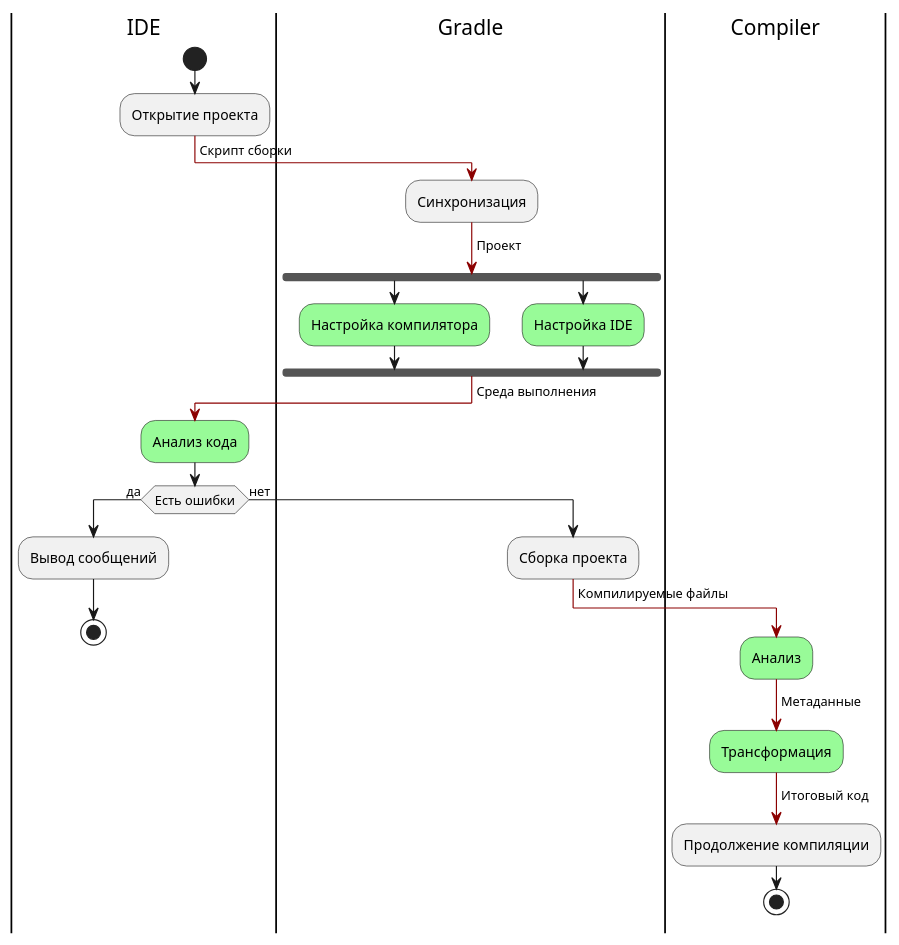
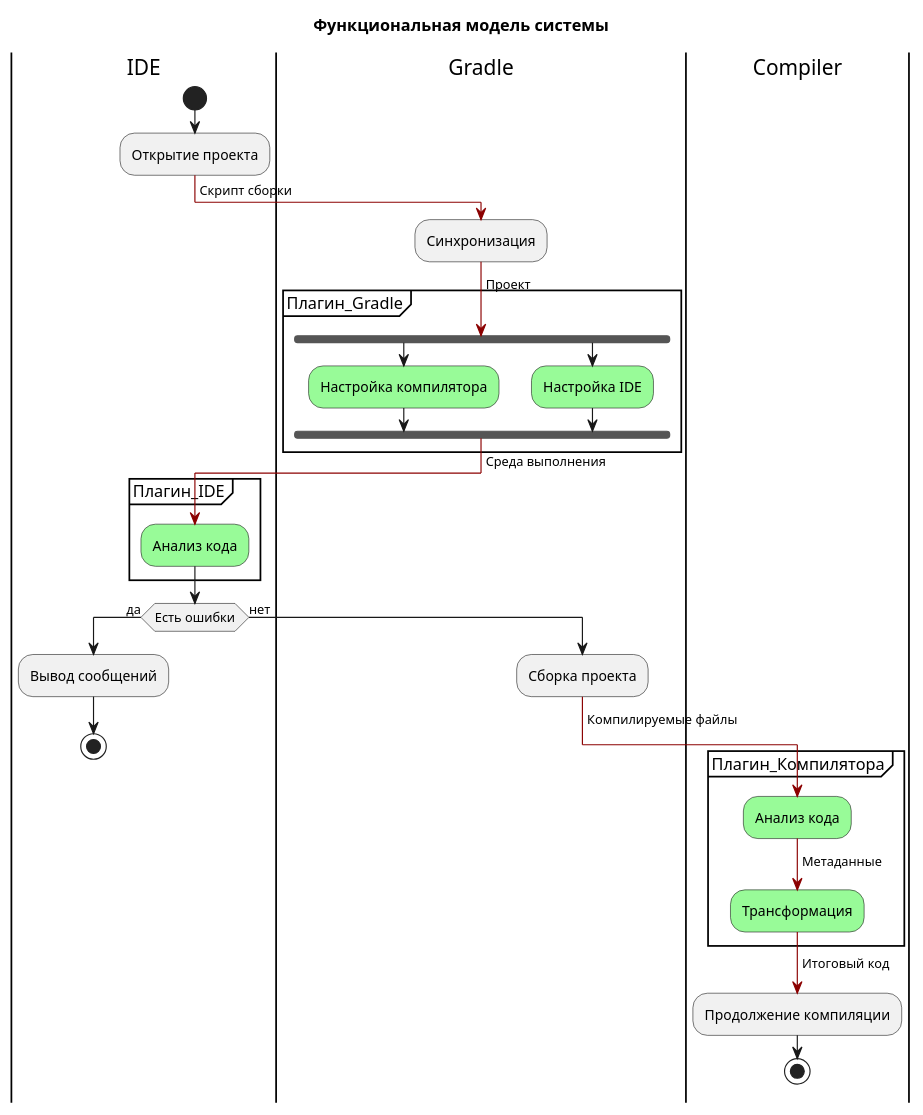
The diagram in docs/integration_main.puml (koperagen/konnekt), drawn with PlantUML before and after one commit. The commit also changed 3 other files, not shown here.

```diff
--- a/docs/integration_main.puml
+++ b/docs/integration_main.puml
@@ -1,32 +1,39 @@
 @startuml
+title Функциональная модель системы
 |IDE|
 start
 :Открытие проекта;
 -[#darkred]-> Скрипт сборки;
 |Gradle|
 :Синхронизация;
 -[#darkred]-> Проект;
-fork
-#palegreen:Настройка компилятора;
-forkagain
-#palegreen:Настройка IDE;
-endfork
+partition Плагин_Gradle {
+    fork
+    #palegreen:Настройка компилятора;
+    forkagain
+    #palegreen:Настройка IDE;
+    endfork
+}
 |IDE|
 -[#darkred]-> Среда выполнения;
-#palegreen:Анализ кода;
+partition Плагин_IDE {
+    #palegreen:Анализ кода;
+}
 if (Есть ошибки) then (да)
     :Вывод сообщений;
     stop
 else (нет)
     |Gradle|
     :Сборка проекта;
     -[#darkred]-> Компилируемые файлы;
-    |Compiler|
-    #palegreen:Анализ;
-    -[#darkred]-> Метаданные;
-    #palegreen:Трансформация;
+    partition Плагин_Компилятора {
+        |Compiler|
+        #palegreen:Анализ кода;
+        -[#darkred]-> Метаданные;
+        #palegreen:Трансформация;
+    }
     -[#darkred]-> Итоговый код;
     :Продолжение компиляции;
     stop
 endif
 @enduml
```
